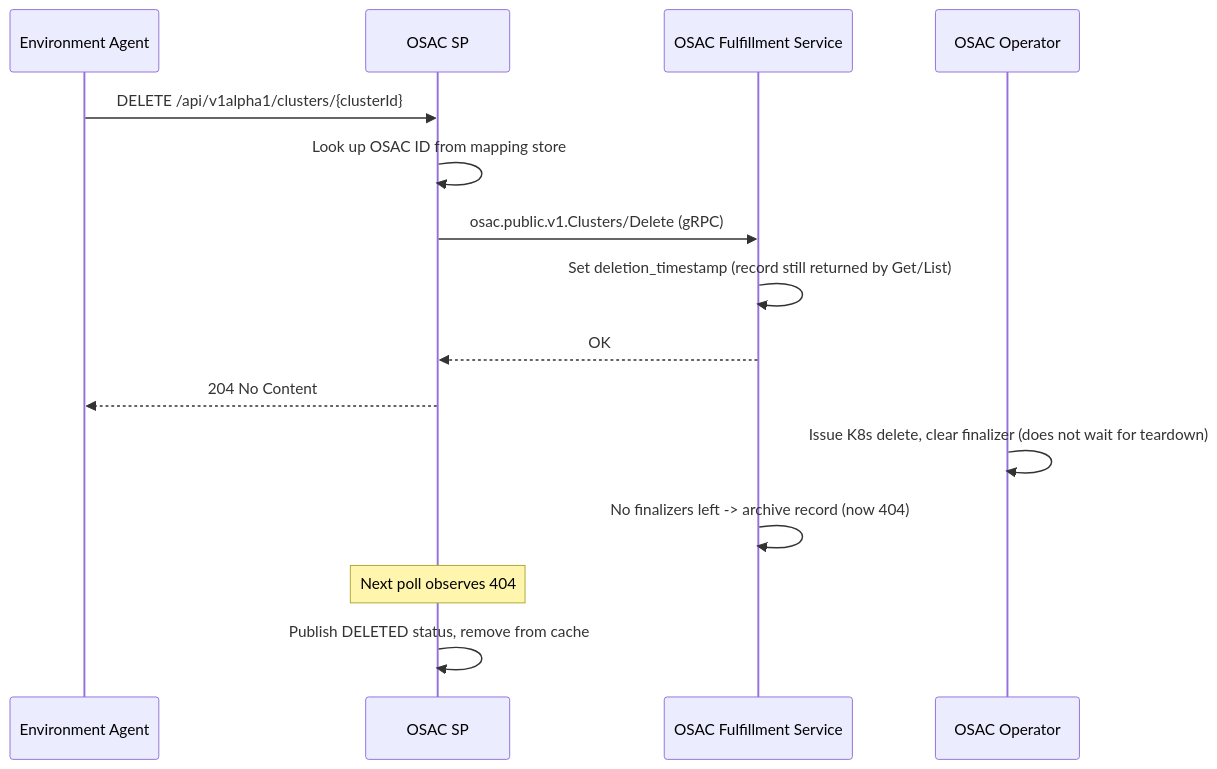
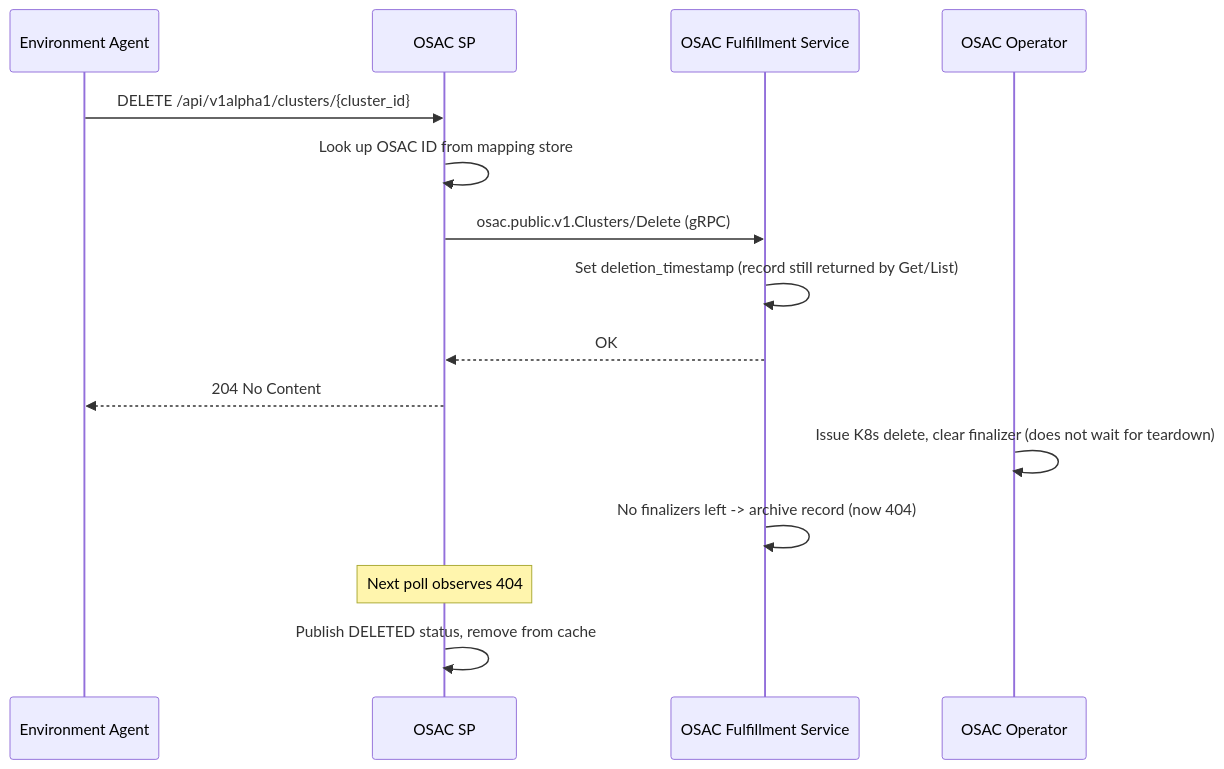
The fifth of 7 diagrams in enhancements/osac-sp/osac-sp.md (dcm-project/enhancements), drawn with Mermaid before and after one commit. The commit also changed other lines of this file and 19 other files, not shown here.

````diff
--- a/enhancements/osac-sp/osac-sp.md
+++ b/enhancements/osac-sp/osac-sp.md
@@ -842,18 +843,18 @@
 ```mermaid
 sequenceDiagram
     participant AG as Environment Agent
     participant SP as OSAC SP
     participant FS as OSAC Fulfillment Service
     participant OP as OSAC Operator
 
-    AG->>SP: DELETE /api/v1alpha1/clusters/{clusterId}
+    AG->>SP: DELETE /api/v1alpha1/clusters/{cluster_id}
     SP->>SP: Look up OSAC ID from mapping store
     SP->>FS: osac.public.v1.Clusters/Delete (gRPC)
     FS->>FS: Set deletion_timestamp (record still returned by Get/List)
     FS-->>SP: OK
     SP-->>AG: 204 No Content
     OP->>OP: Issue K8s delete, clear finalizer (does not wait for teardown)
     FS->>FS: No finalizers left -> archive record (now 404)
     Note over SP: Next poll observes 404
     SP->>SP: Publish DELETED status, remove from cache
 ```
````
